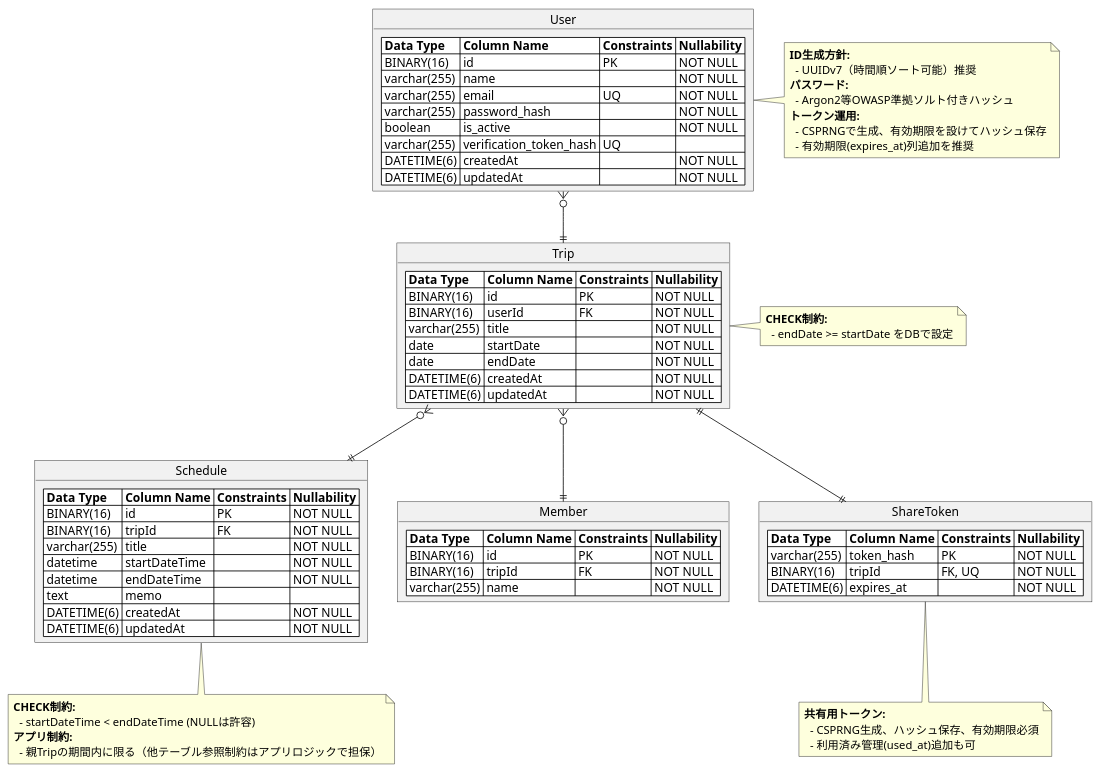
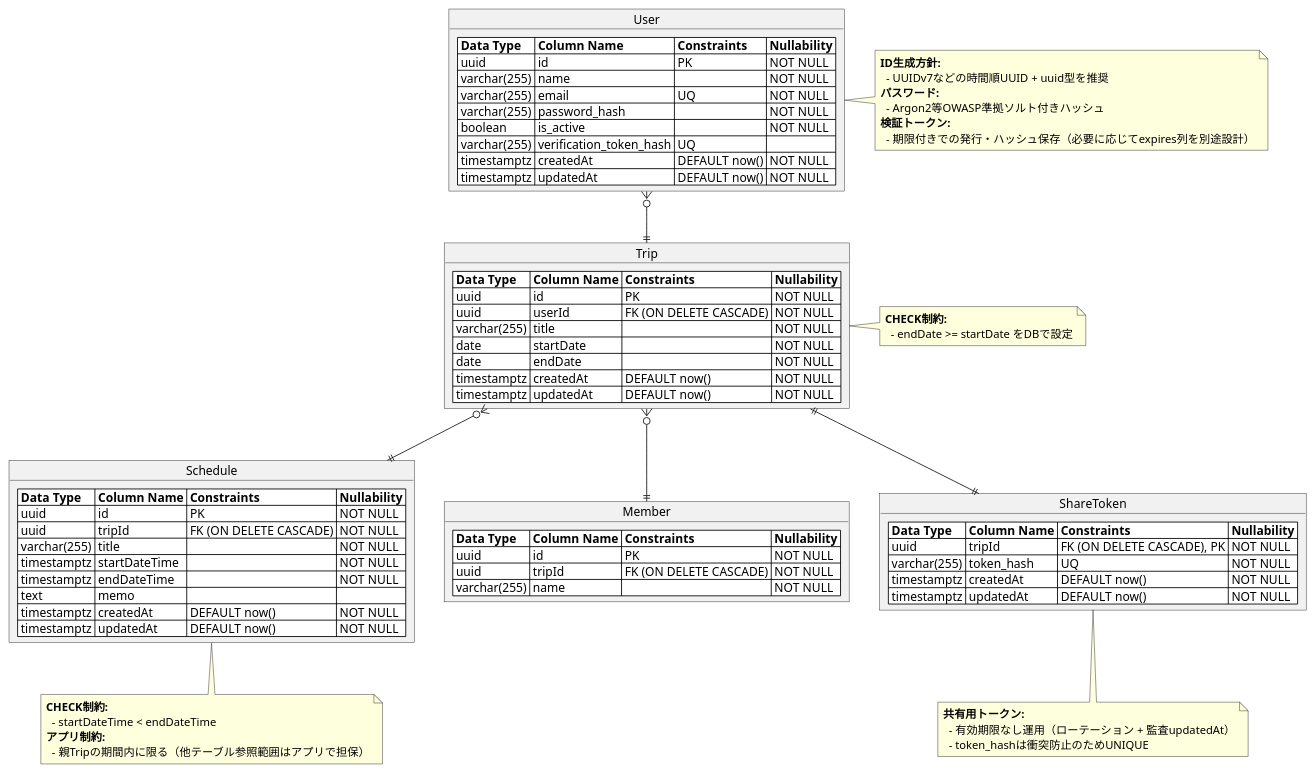
Before and after one commit to ten10ten10/trip_app: the diagram in docs/erd/er_diagram.puml, drawn with PlantUML. The commit also changed 1 other file, not shown here.

Commit message:
ER図 shareTokenテーブルの変更

```diff
--- a/docs/erd/er_diagram.puml
+++ b/docs/erd/er_diagram.puml
@@ -1,81 +1,81 @@
 @startuml
 
 object User {
   <#white>| <b>Data Type</b> | <b>Column Name</b> | <b>Constraints</b> | <b>Nullability</b> |
-  <#white>| BINARY(16) | id | PK | NOT NULL |
+  <#white>| uuid | id | PK | NOT NULL |
   <#white>| varchar(255) | name | | NOT NULL |
   <#white>| varchar(255) | email | UQ | NOT NULL |
   <#white>| varchar(255) | password_hash | | NOT NULL |
   <#white>| boolean | is_active | | NOT NULL |
   <#white>| varchar(255) | verification_token_hash | UQ | |
-  <#white>| DATETIME(6) | createdAt | | NOT NULL |
-  <#white>| DATETIME(6) | updatedAt | | NOT NULL |
+  <#white>| timestamptz | createdAt | DEFAULT now() | NOT NULL |
+  <#white>| timestamptz | updatedAt | DEFAULT now() | NOT NULL |
 }
 note right of User
   <b>ID生成方針:</b>
-    - UUIDv7（時間順ソート可能）推奨
+    - UUIDv7などの時間順UUID + uuid型を推奨
   <b>パスワード:</b>
     - Argon2等OWASP準拠ソルト付きハッシュ
-  <b>トークン運用:</b>
-    - CSPRNGで生成、有効期限を設けてハッシュ保存
-    - 有効期限(expires_at)列追加を推奨
+  <b>検証トークン:</b>
+    - 期限付きでの発行・ハッシュ保存（必要に応じてexpires列を別途設計）
 end note
 
 object Trip {
   <#white>| <b>Data Type</b> | <b>Column Name</b> | <b>Constraints</b> | <b>Nullability</b> |
-  <#white>| BINARY(16) | id | PK | NOT NULL |
-  <#white>| BINARY(16) | userId | FK | NOT NULL |
+  <#white>| uuid | id | PK | NOT NULL |
+  <#white>| uuid | userId | FK (ON DELETE CASCADE) | NOT NULL |
   <#white>| varchar(255) | title | | NOT NULL |
   <#white>| date | startDate | | NOT NULL |
   <#white>| date | endDate | | NOT NULL |
-  <#white>| DATETIME(6) | createdAt | | NOT NULL |
-  <#white>| DATETIME(6) | updatedAt | | NOT NULL |
+  <#white>| timestamptz | createdAt | DEFAULT now() | NOT NULL |
+  <#white>| timestamptz | updatedAt | DEFAULT now() | NOT NULL |
 }
 note right of Trip
   <b>CHECK制約:</b>
     - endDate >= startDate をDBで設定
 end note
 
 object Schedule {
   <#white>| <b>Data Type</b> | <b>Column Name</b> | <b>Constraints</b> | <b>Nullability</b> |
-  <#white>| BINARY(16) | id | PK | NOT NULL |
-  <#white>| BINARY(16) | tripId | FK | NOT NULL |
+  <#white>| uuid | id | PK | NOT NULL |
+  <#white>| uuid | tripId | FK (ON DELETE CASCADE) | NOT NULL |
   <#white>| varchar(255) | title | | NOT NULL |
-  <#white>| datetime | startDateTime | | NOT NULL |
-  <#white>| datetime | endDateTime | | NOT NULL |
+  <#white>| timestamptz | startDateTime | | NOT NULL |
+  <#white>| timestamptz | endDateTime | | NOT NULL |
   <#white>| text | memo | | |
-  <#white>| DATETIME(6) | createdAt | | NOT NULL |
-  <#white>| DATETIME(6) | updatedAt | | NOT NULL |
+  <#white>| timestamptz | createdAt | DEFAULT now() | NOT NULL |
+  <#white>| timestamptz | updatedAt | DEFAULT now() | NOT NULL |
 }
 note bottom of Schedule
   <b>CHECK制約:</b>
-    - startDateTime < endDateTime (NULLは許容)
+    - startDateTime < endDateTime
   <b>アプリ制約:</b>
-    - 親Tripの期間内に限る（他テーブル参照制約はアプリロジックで担保）
+    - 親Tripの期間内に限る（他テーブル参照範囲はアプリで担保）
 end note
 
 object Member {
   <#white>| <b>Data Type</b> | <b>Column Name</b> | <b>Constraints</b> | <b>Nullability</b> |
-  <#white>| BINARY(16) | id | PK | NOT NULL |
-  <#white>| BINARY(16) | tripId | FK | NOT NULL |
+  <#white>| uuid | id | PK | NOT NULL |
+  <#white>| uuid | tripId | FK (ON DELETE CASCADE) | NOT NULL |
   <#white>| varchar(255) | name | | NOT NULL |
 }
 
 object ShareToken {
   <#white>| <b>Data Type</b> | <b>Column Name</b> | <b>Constraints</b> | <b>Nullability</b> |
-  <#white>| varchar(255) | token_hash | PK | NOT NULL |
-  <#white>| BINARY(16) | tripId | FK, UQ | NOT NULL |
-  <#white>| DATETIME(6) | expires_at | | NOT NULL |
+  <#white>| uuid | tripId | FK (ON DELETE CASCADE), PK | NOT NULL |
+  <#white>| varchar(255) | token_hash | UQ | NOT NULL |
+  <#white>| timestamptz | createdAt | DEFAULT now() | NOT NULL |
+  <#white>| timestamptz | updatedAt | DEFAULT now() | NOT NULL |
 }
 note bottom of ShareToken
   <b>共有用トークン:</b>
-    - CSPRNG生成、ハッシュ保存、有効期限必須
-    - 利用済み管理(used_at)追加も可
+    - 有効期限なし運用（ローテーション + 監査updatedAt）
+    - token_hashは衝突防止のためUNIQUE
 end note
 
 User }o--|| Trip
 Trip }o--|| Schedule
 Trip }o--|| Member
 Trip ||--|| ShareToken
 
 @enduml
```
